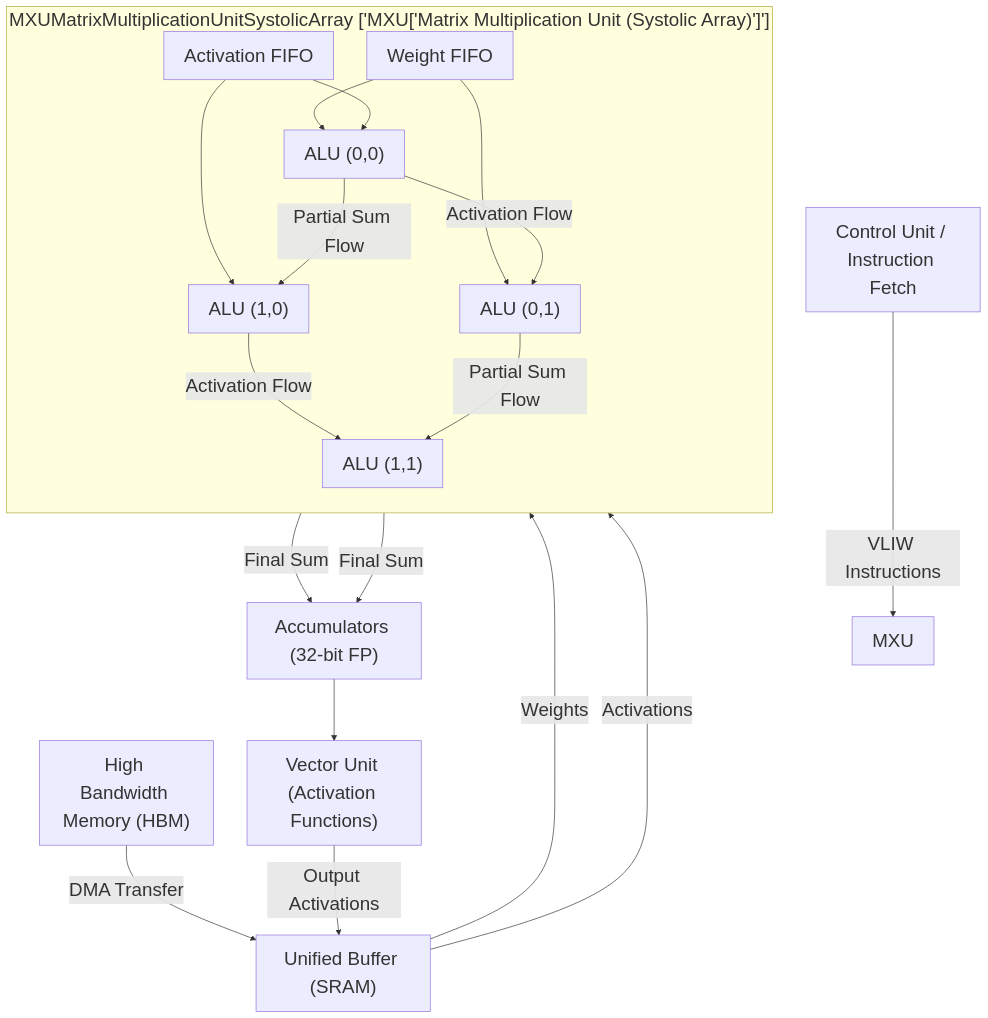
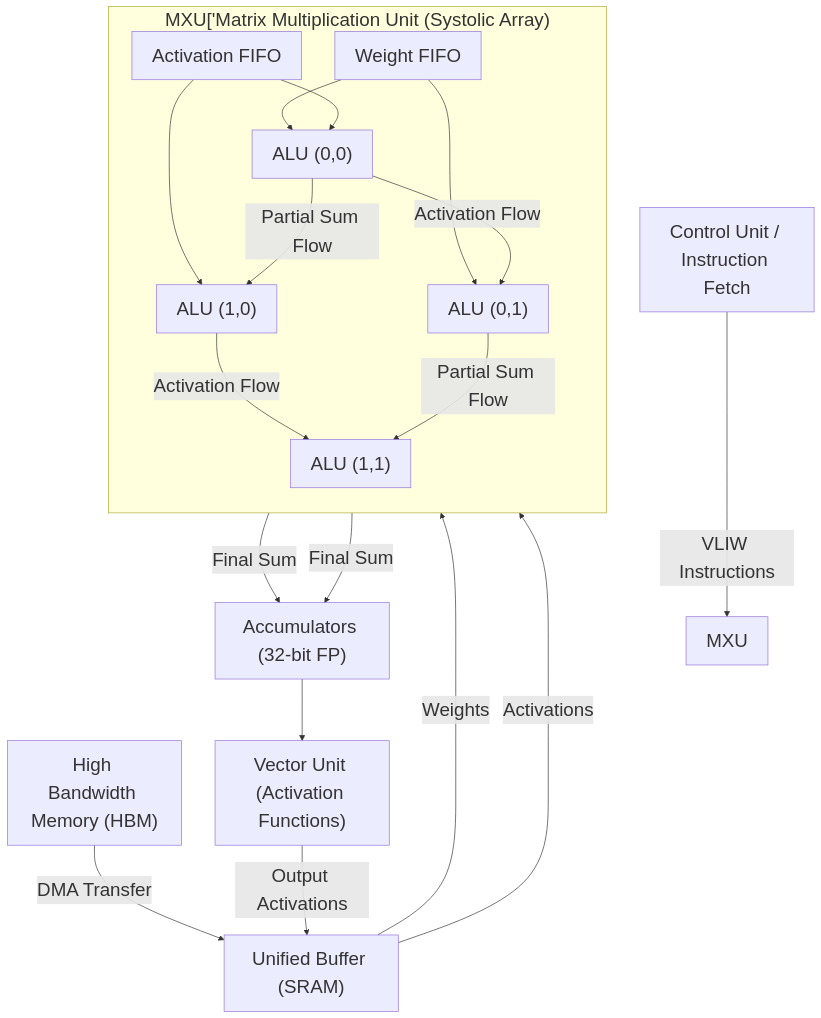
Before and after one commit to j4flmao/agent-skills: the diagram in skills/hardware-acceleration/tpu-systolic-arrays/SKILL.md, drawn with Mermaid. The commit also changed 38 other files, not shown here.

Commit message:
style(skills): Add padding to Mermaid subgraphs to prevent label overlap with nodes

````diff
--- a/skills/hardware-acceleration/tpu-systolic-arrays/SKILL.md
+++ b/skills/hardware-acceleration/tpu-systolic-arrays/SKILL.md
@@ -27,42 +27,42 @@
 ```mermaid
 %%{init: {"theme": "default", "themeVariables": {"fontSize": "28px"}, "flowchart": {"useMaxWidth": false}}}%%
 flowchart TD
     HBM["High Bandwidth Memory (HBM)"]
     UB["Unified Buffer (SRAM)"]
     Control["Control Unit / Instruction Fetch"]
     
-    subgraph MXUMatrixMultiplicationUnitSystolicArrayMXUMatrixMultiplicationUnitSystolicArray ["MXUMatrixMultiplicationUnitSystolicArray ['MXU['Matrix Multiplication Unit (Systolic Array)']']"]
+    subgraph MXUMatrixMultiplicationUnitSystolicArrayMXUMatrixMultiplicationUnitSystolicArray ["MXU['Matrix Multiplication Unit (Systolic Array)<br/>"]
         direction TB
         Weight_FIFO["Weight FIFO"]
         Activation_FIFO["Activation FIFO"]
         
         Grid_00["ALU (0,0)"]
         Grid_01["ALU (0,1)"]
         Grid_10["ALU (1,0)"]
         Grid_11["ALU (1,1)"]
         
         Weight_FIFO --> Grid_00
         Weight_FIFO --> Grid_01
         Activation_FIFO --> Grid_00
         Activation_FIFO --> Grid_10
         
         Grid_00 -->|Activation Flow| Grid_01
         Grid_00 -->|Partial Sum Flow| Grid_10
         Grid_10 -->|Activation Flow| Grid_11
         Grid_01 -->|Partial Sum Flow| Grid_11
     end
     
     Accumulators["Accumulators (32-bit FP)"]
     VectorUnit["Vector Unit (Activation Functions)"]
 
     HBM -->|DMA Transfer| UB
     UB -->|Weights| Weight_FIFO
     UB -->|Activations| Activation_FIFO
     Control -->|VLIW Instructions| MXU
     
     Grid_10 -->|Final Sum| Accumulators
     Grid_11 -->|Final Sum| Accumulators
     
     Accumulators --> VectorUnit
     VectorUnit -->|Output Activations| UB
 ```
````
